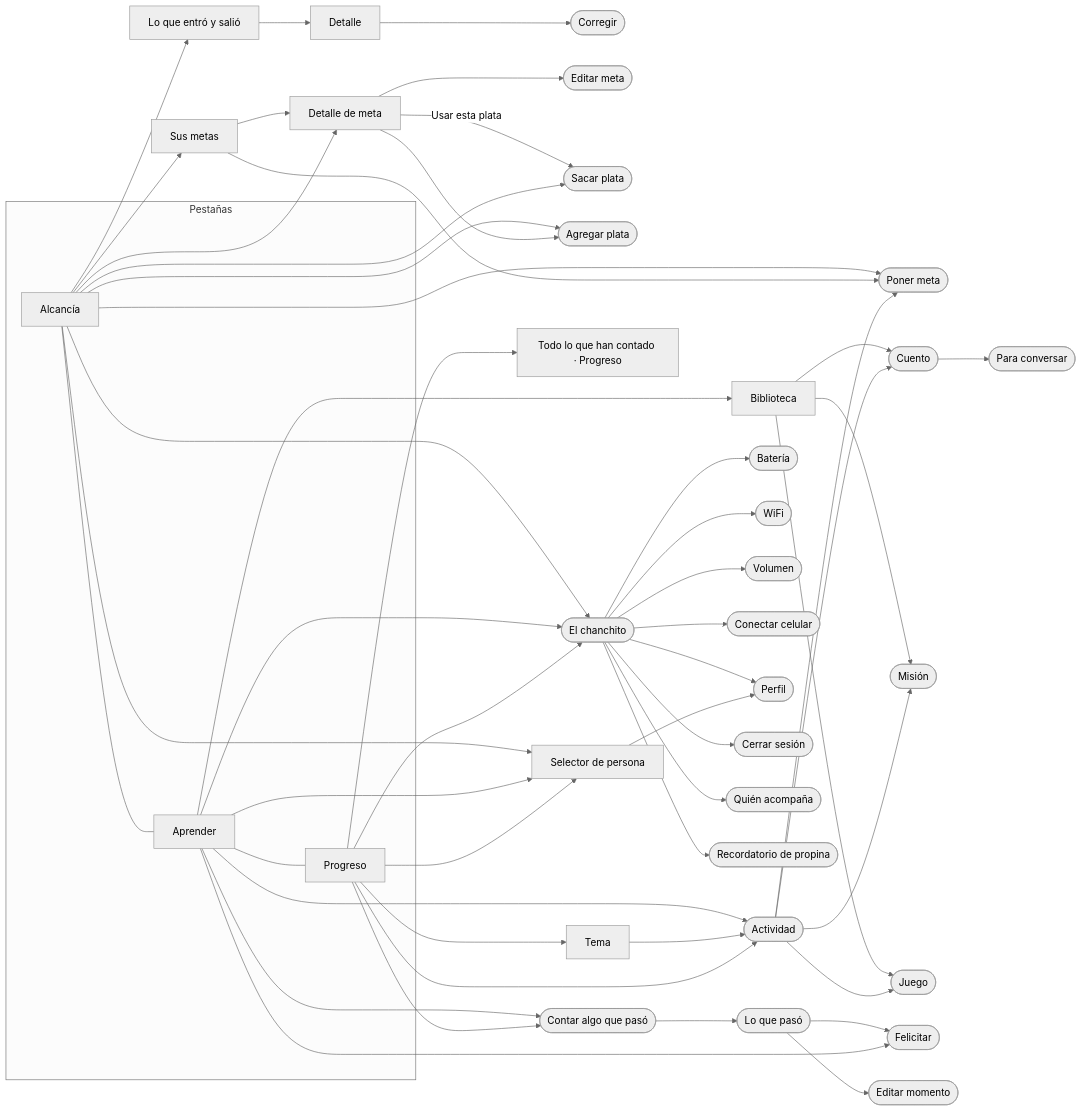
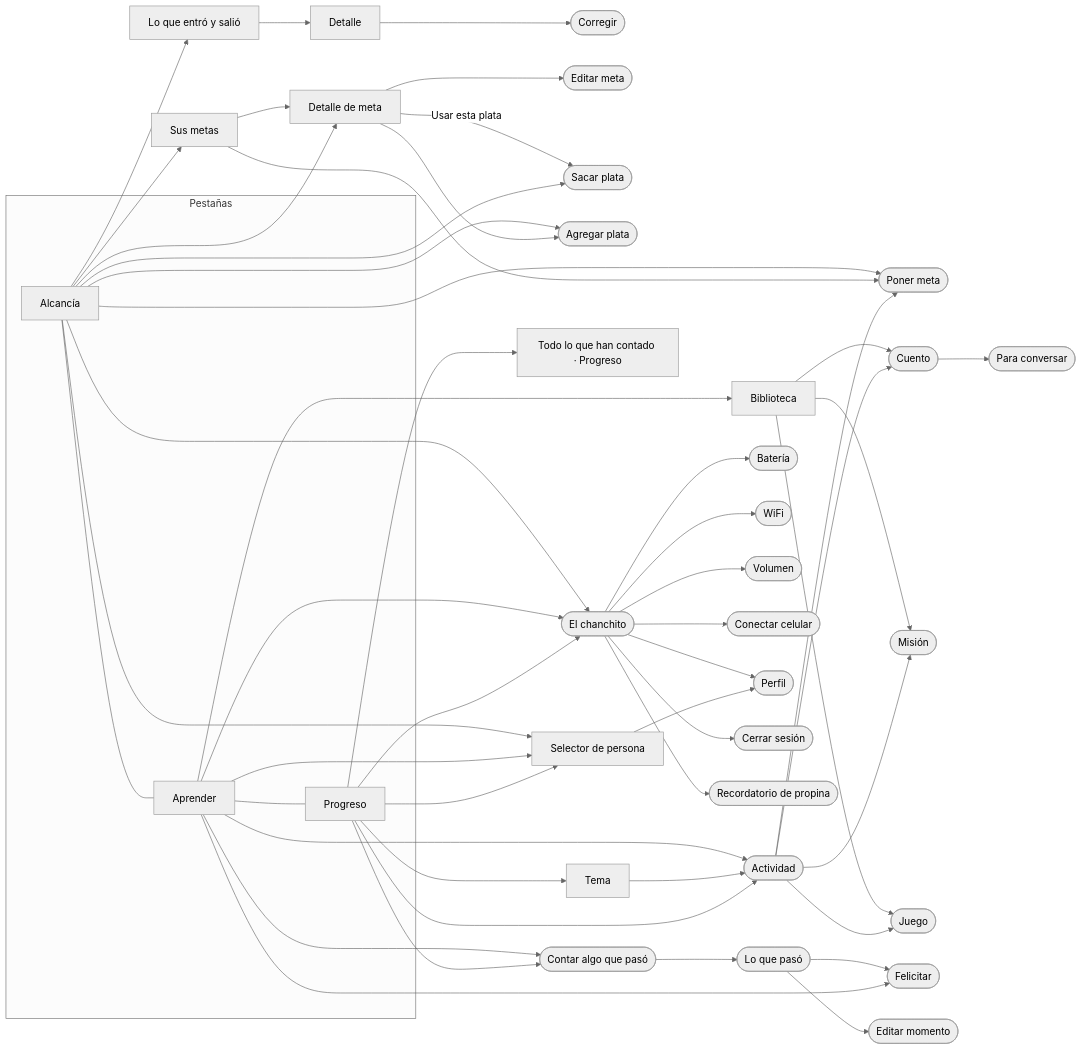
The first of 6 diagrams in scripts/handoff/docs/02-especificacion/flujos.md (renzovallejo/alcanciacambios), drawn with Mermaid (neutral theme) before and after one commit. The commit also changed other lines of this file and 31 other files, not shown here.

First line of the commit message:
Botón rojo «Volver a cero» en primer día; filas de movimiento más cortas; sin «Quién acompaña»

````diff
--- a/scripts/handoff/docs/02-especificacion/flujos.md
+++ b/scripts/handoff/docs/02-especificacion/flujos.md
@@ -7,27 +7,27 @@
 ```mermaid
 flowchart LR
   subgraph Pestañas
     A[Alcancía] --- B[Aprender] --- C[Progreso]
   end
   A --> M[Sus metas] --> MD[Detalle de meta]
   A --> MD
   A --> L[Lo que entró y salió] --> LD[Detalle] --> LE([Corregir])
   MD --> ME([Editar meta])
   MD -->|Usar esta plata| F2
   A --> F1([Agregar plata])
   A --> F2([Sacar plata])
   MD --> F1
   A & M --> NM([Poner meta])
   B --> BI[Biblioteca] --> CU([Cuento]) & MI([Misión]) & JU([Juego])
   B --> AC([Actividad]) --> CU & MI & JU & NM
   CU --> GU([Para conversar])
   B & C --> AN([Contar algo que pasó]) --> MO([Lo que pasó]) --> FE([Felicitar])
   B --> FE
   C --> TE[Tema] --> AC
   C --> AV[Todo lo que han contado · Progreso]
   C --> AC
   A & B & C --> CH([El chanchito]) --> BA([Batería]) & WI([WiFi]) & VO([Volumen]) & EM([Conectar celular]) & PE([Perfil]) & SE([Cerrar sesión])
-  CH --> QA([Quién acompaña]) & RE([Recordatorio de propina])
+  CH --> RE([Recordatorio de propina])
   MO --> NE([Editar momento])
   A & B & C --> PS[Selector de persona] --> PE
 ```
````
